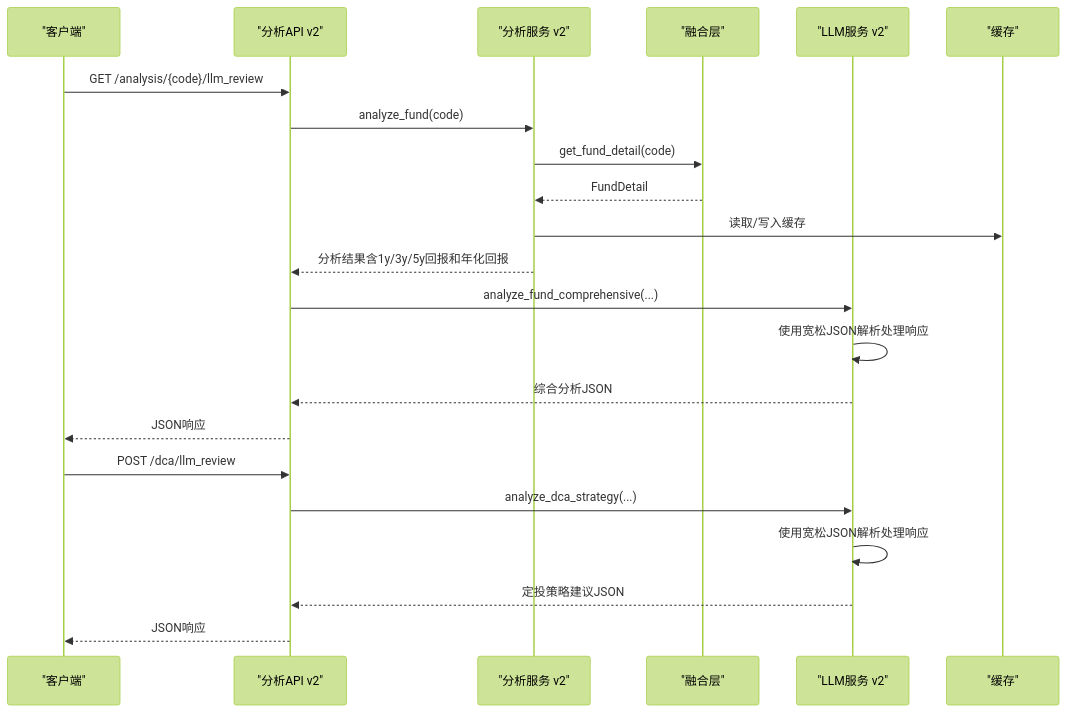
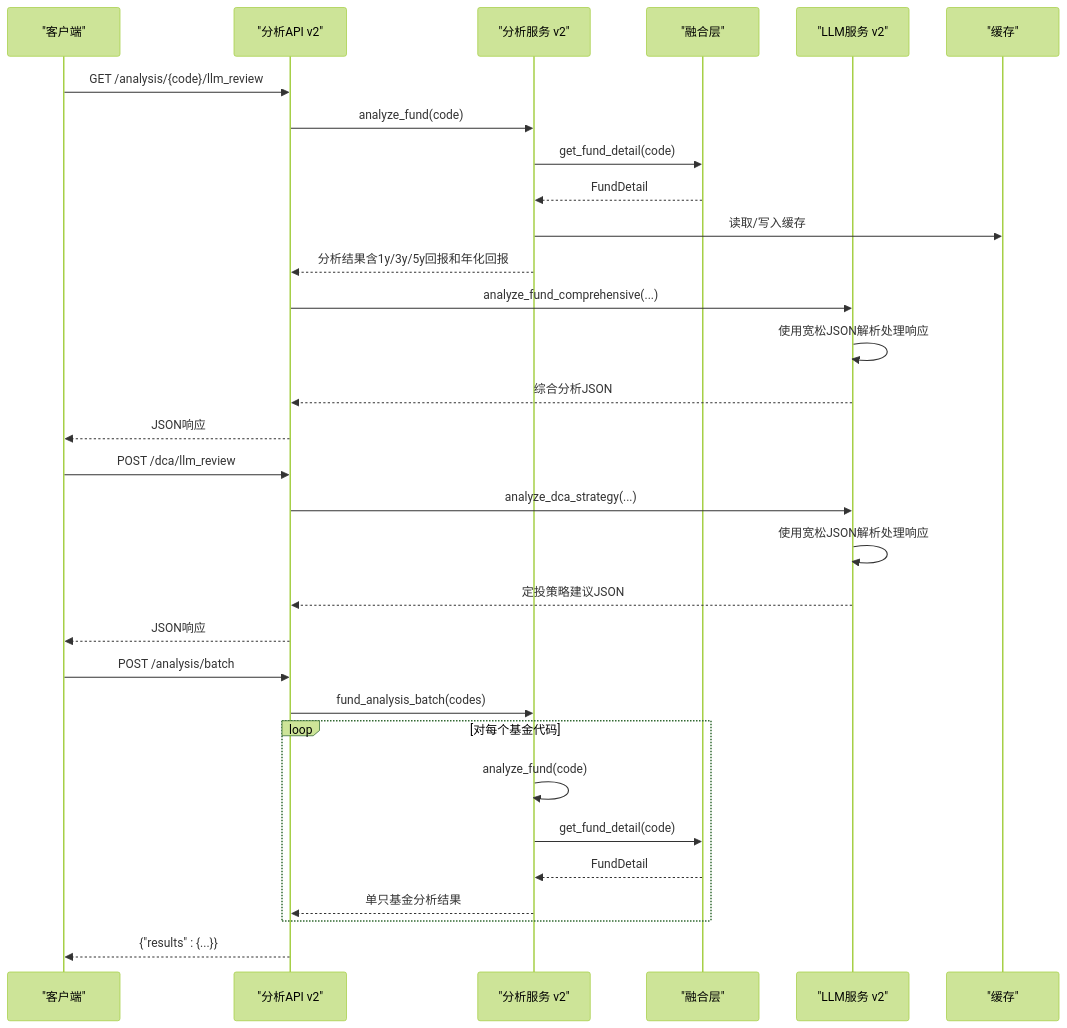
Before and after one commit to youkell85/FundTrader: the second of 12 diagrams in .qoder/repowiki/zh/content/核心功能模块/AI分析服务.md, drawn with Mermaid (forest theme). The commit also changed other lines of this file and 7 other files, not shown here.

````diff
--- a/.qoder/repowiki/zh/content/核心功能模块/AI分析服务.md
+++ b/.qoder/repowiki/zh/content/核心功能模块/AI分析服务.md
@@ -146,24 +149,33 @@
 ```mermaid
 sequenceDiagram
 participant C as "客户端"
 participant API as "分析API v2"
 participant SVC as "分析服务 v2"
 participant FUS as "融合层"
 participant LLM as "LLM服务 v2"
 participant CA as "缓存"
 C->>API : GET /analysis/{code}/llm_review
 API->>SVC : analyze_fund(code)
 SVC->>FUS : get_fund_detail(code)
 FUS-->>SVC : FundDetail
 SVC->>CA : 读取/写入缓存
 SVC-->>API : 分析结果含1y/3y/5y回报和年化回报
 API->>LLM : analyze_fund_comprehensive(...)
 LLM->>LLM : 使用宽松JSON解析处理响应
 LLM-->>API : 综合分析JSON
 API-->>C : JSON响应
 C->>API : POST /dca/llm_review
 API->>LLM : analyze_dca_strategy(...)
 LLM->>LLM : 使用宽松JSON解析处理响应
 LLM-->>API : 定投策略建议JSON
 API-->>C : JSON响应
+C->>API : POST /analysis/batch
+API->>SVC : fund_analysis_batch(codes)
+loop 对每个基金代码
+SVC->>SVC : analyze_fund(code)
+SVC->>FUS : get_fund_detail(code)
+FUS-->>SVC : FundDetail
+SVC-->>API : 单只基金分析结果
+end
+API-->>C : {"results" : {...}}
 ```
````
